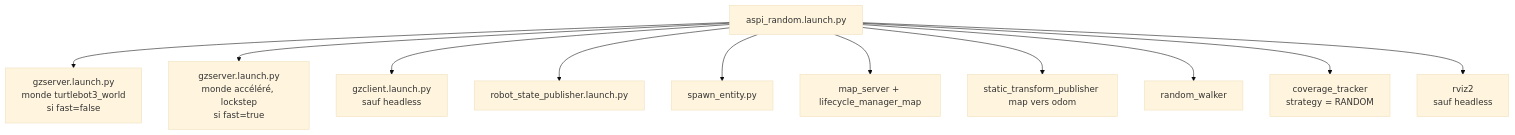
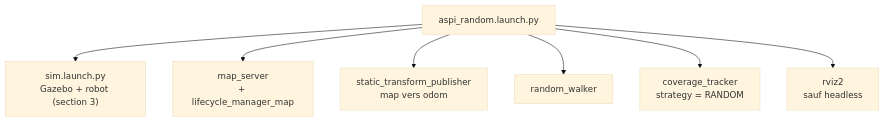
Before and after one commit to Maximator13/robot-aspirateur-ros2: the third of 8 diagrams in docs/ARCHITECTURE.md, drawn with Mermaid (base theme). The commit also changed other lines of this file and 18 other files, not shown here.

````diff
--- a/docs/ARCHITECTURE.md
+++ b/docs/ARCHITECTURE.md
@@ -73,14 +77,10 @@
 ```mermaid
 flowchart TB
     L["aspi_random.launch.py"]
-    L --> G1["gzserver.launch.py<br/>monde turtlebot3_world<br/>si fast=false"]
-    L --> G2["gzserver.launch.py<br/>monde accéléré, lockstep<br/>si fast=true"]
-    L --> G3["gzclient.launch.py<br/>sauf headless"]
-    L --> N1["robot_state_publisher.launch.py"]
-    L --> N2["spawn_entity.py"]
-    L --> N3["map_server + lifecycle_manager_map"]
-    L --> N4["static_transform_publisher map vers odom"]
+    L --> SIM["sim.launch.py<br/>Gazebo + robot (section 3)"]
+    L --> N3["map_server<br/>+ lifecycle_manager_map"]
+    L --> N4["static_transform_publisher<br/>map vers odom"]
     L --> N5["random_walker"]
     L --> N6["coverage_tracker<br/>strategy = RANDOM"]
     L --> N7["rviz2<br/>sauf headless"]
 ```
````
